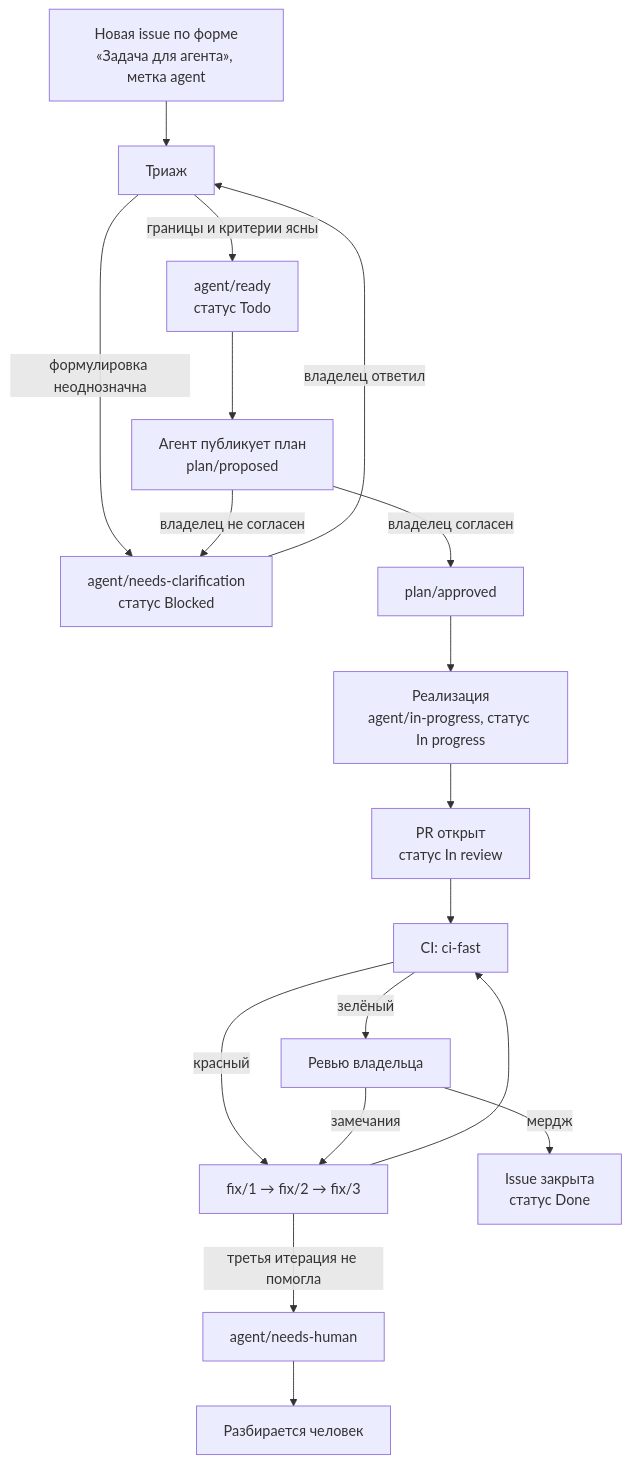
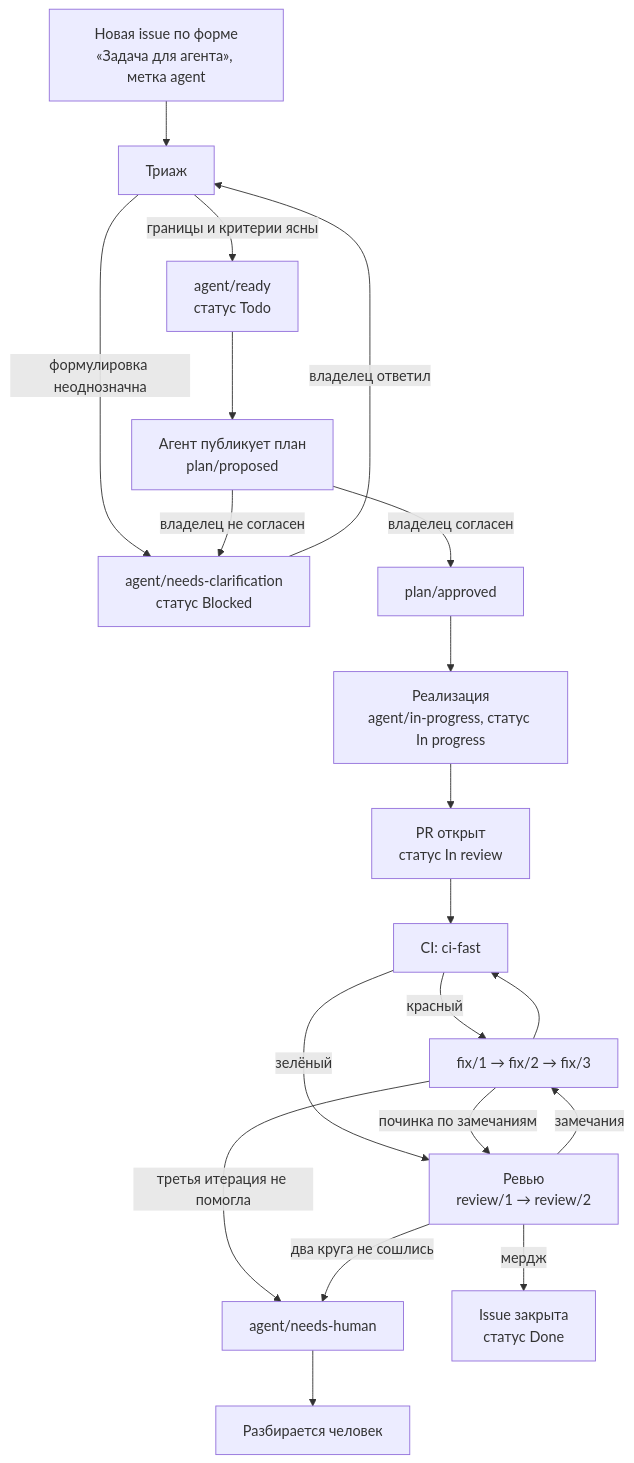
Before and after one commit to k-kuzmin/domovoy: the diagram in docs/pipeline.md, drawn with Mermaid. The commit also changed other lines of this file and 6 other files, not shown here.

````diff
--- a/docs/pipeline.md
+++ b/docs/pipeline.md
@@ -42,20 +42,22 @@
 ```mermaid
 flowchart TD
     issue["Новая issue по форме<br/>«Задача для агента», метка agent"] --> triage["Триаж"]
     triage -->|формулировка неоднозначна| clar["agent/needs-clarification<br/>статус Blocked"]
     clar -->|владелец ответил| triage
     triage -->|границы и критерии ясны| ready["agent/ready<br/>статус Todo"]
     ready --> plan["Агент публикует план<br/>plan/proposed"]
     plan -->|владелец не согласен| clar
     plan -->|владелец согласен| approved["plan/approved"]
     approved --> impl["Реализация<br/>agent/in-progress, статус In progress"]
     impl --> pr["PR открыт<br/>статус In review"]
     pr --> ci["CI: ci-fast"]
     ci -->|красный| fix["fix/1 → fix/2 → fix/3"]
     fix --> ci
     fix -->|третья итерация не помогла| human["agent/needs-human"]
-    ci -->|зелёный| review["Ревью владельца"]
+    ci -->|зелёный| review["Ревью<br/>review/1 → review/2"]
     review -->|замечания| fix
+    fix -->|починка по замечаниям| review
+    review -->|два круга не сошлись| human
     review -->|мердж| done["Issue закрыта<br/>статус Done"]
     human --> owner["Разбирается человек"]
 ```
````
